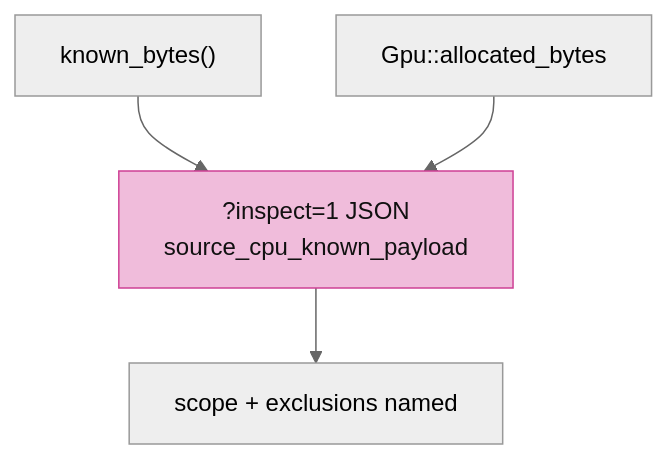
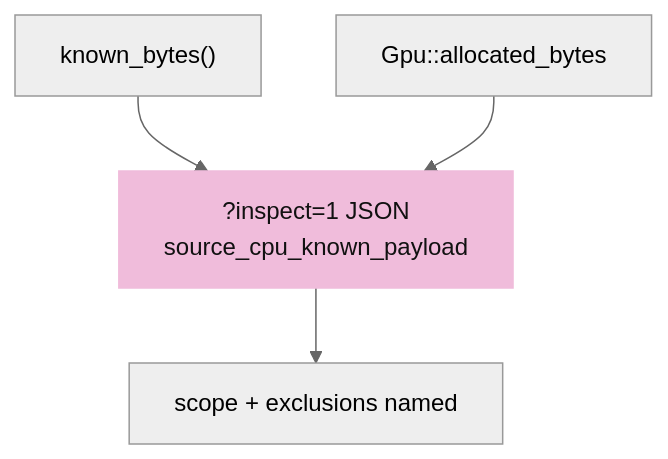
Before and after one commit to petrasvestartas/session: the third of 3 diagrams in session_viewer/docs/16-accounting.md, drawn with Mermaid (neutral theme). The commit also changed other lines of this file and 324 other files, not shown here.

````diff
--- a/session_viewer/docs/16-accounting.md
+++ b/session_viewer/docs/16-accounting.md
@@ -76,7 +88,7 @@
 ```mermaid
 flowchart TB
     K["known_bytes()"] --> J["?inspect=1 JSON<br/>source_cpu_known_payload"]
     G["Gpu::allocated_bytes"] --> J
     J --> X["scope + exclusions named"]
-    style J fill:#f0bcdb,stroke:#ce4095,color:#111
+    style J fill:#f0bcdb,stroke:#f0bcdb,color:#111
 ```
````
